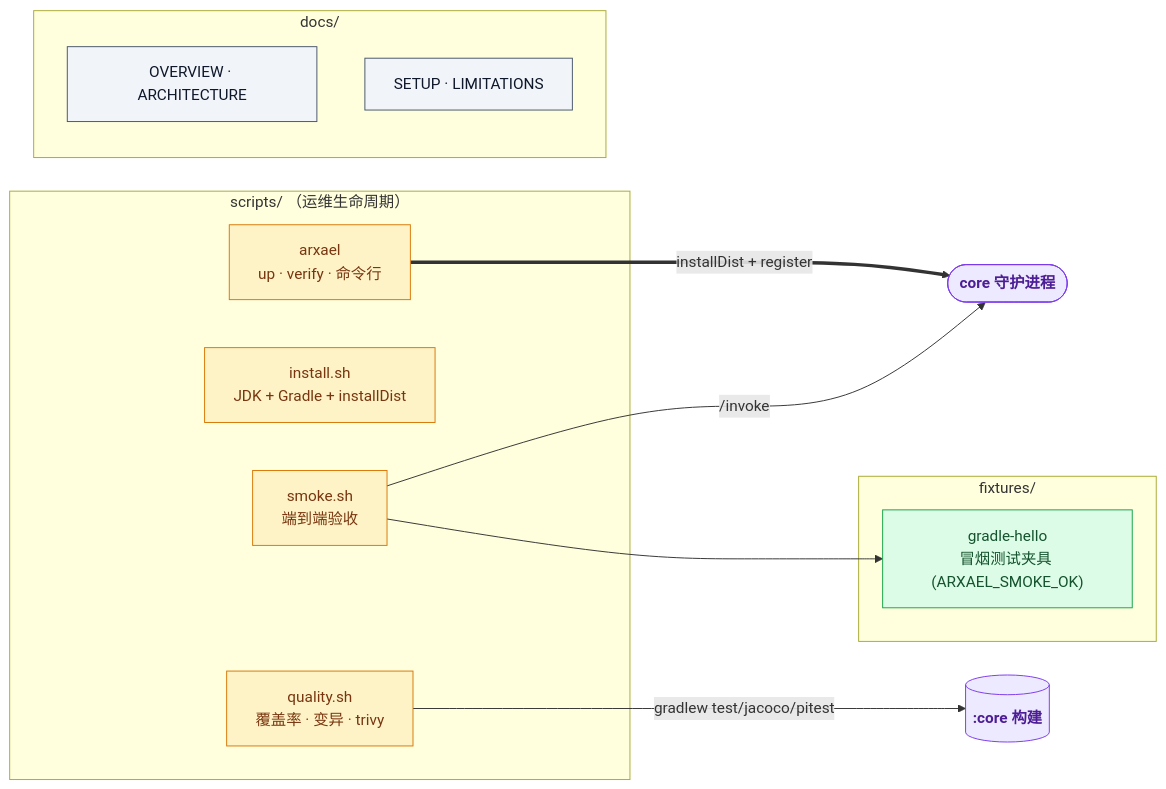
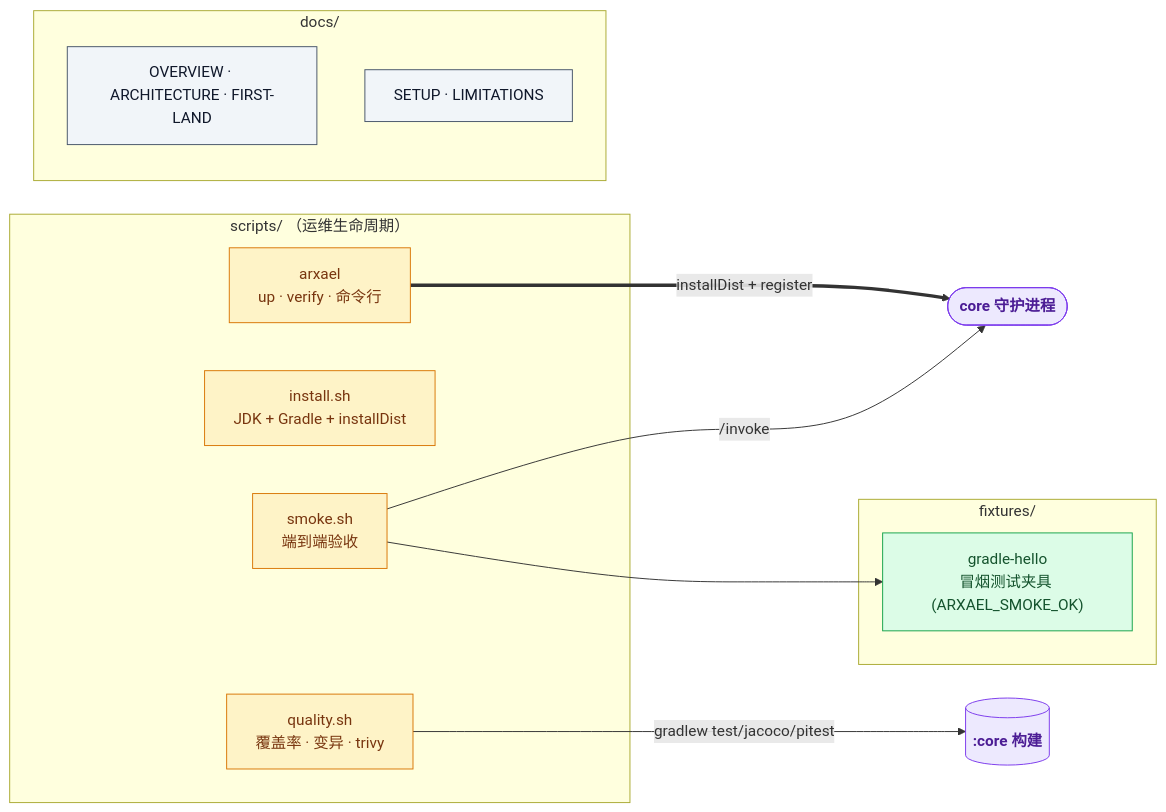
One commit to alexanderpaquette-byte/arxael changed the seventh of 9 diagrams in docs/OVERVIEW.zh-CN.md. Above: the diagram before and after it, drawn with Mermaid. The commit also changed other lines of this file and 64 other files, not shown here.

````diff
--- a/docs/OVERVIEW.zh-CN.md
+++ b/docs/OVERVIEW.zh-CN.md
@@ -177,28 +177,28 @@
 ```mermaid
 flowchart LR
     subgraph scripts["scripts/ （运维生命周期）"]
         arxael["arxael<br/>up · verify · 命令行"]:::script
         install["install.sh<br/>JDK + Gradle + installDist"]:::script
         smoke["smoke.sh<br/>端到端验收"]:::script
         quality["quality.sh<br/>覆盖率 · 变异 · trivy"]:::script
     end
 
     subgraph fixtures["fixtures/"]
         hello["gradle-hello<br/>冒烟测试夹具 (ARXAEL_SMOKE_OK)"]:::fixture
     end
 
     subgraph docs["docs/"]
-        d1["OVERVIEW · ARCHITECTURE"]:::cfg
+        d1["OVERVIEW · ARCHITECTURE · FIRST-LAND"]:::cfg
         d2["SETUP · LIMITATIONS"]:::cfg
     end
 
     arxael ==>|installDist + register| daemon([core 守护进程]):::service
     smoke -->|/invoke| daemon
     smoke --> hello
     quality -->|gradlew test/jacoco/pitest| repo[(:core 构建)]:::service
 
     classDef script fill:#fef3c7,stroke:#d97706,color:#78350f
     classDef fixture fill:#dcfce7,stroke:#16a34a,color:#14532d
     classDef cfg fill:#f1f5f9,stroke:#475569,color:#0f172a
     classDef service fill:#ede9fe,stroke:#7c3aed,color:#4c1d95,font-weight:bold
 ```
````
